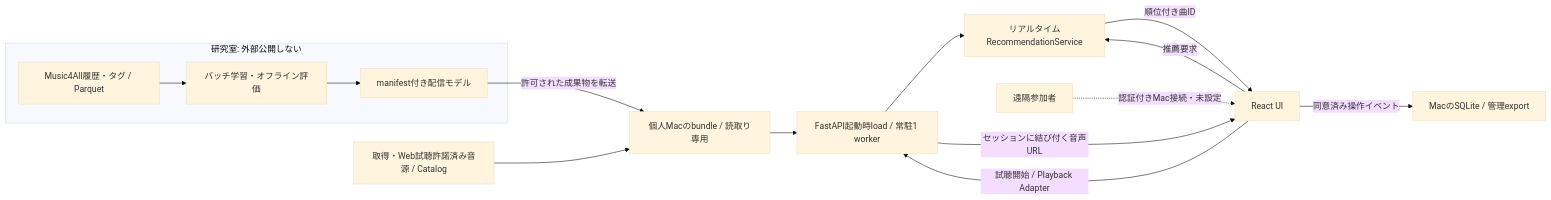
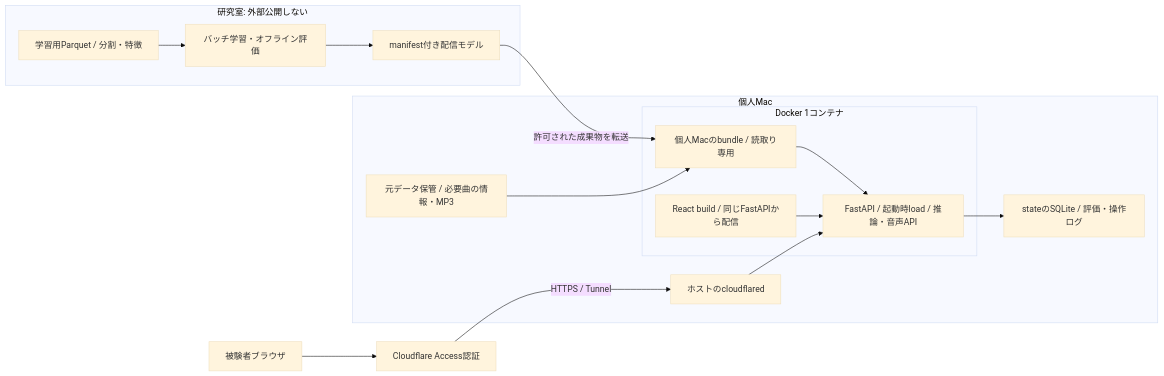
One commit to 97kuek/music-recsys changed the diagram in docs/app-architecture.md. Above: the diagram before and after it, drawn with Mermaid (base theme). The commit also changed other lines of this file and 315 other files, not shown here.

````diff
--- a/docs/app-architecture.md
+++ b/docs/app-architecture.md
@@ -5,17 +5,19 @@
 ```mermaid
 flowchart LR
     subgraph Lab[研究室: 外部公開しない]
-      D[Music4All履歴・タグ / Parquet] --> B[バッチ学習・オフライン評価]
+      D[学習用Parquet / 分割・特徴] --> B[バッチ学習・オフライン評価]
       B --> M[manifest付き配信モデル]
     end
     M -->|許可された成果物を転送| F[個人Macのbundle / 読取り専用]
-    A[取得・Web試聴許諾済み音源 / Catalog] --> F
-    F --> L[FastAPI起動時load / 常駐1 worker]
-    U[React UI] -->|推薦要求| R[リアルタイムRecommendationService]
-    L --> R
-    R -->|順位付き曲ID| U
-    U -->|試聴開始 / Playback Adapter| L
-    L -->|セッションに結び付く音声URL| U
-    U -->|同意済み操作イベント| S[MacのSQLite / 管理export]
-    P[遠隔参加者] -.認証付きMac接続・未設定.-> U
+    subgraph Mac[個人Mac]
+      A[元データ保管 / 必要曲の情報・MP3] --> F
+      subgraph Container[Docker 1コンテナ]
+        F --> L[FastAPI / 起動時load / 推論・音声API]
+        U[React build / 同じFastAPIから配信] --> L
+      end
+      L --> S[stateのSQLite / 評価・操作ログ]
+      T[ホストのcloudflared] --> L
+    end
+    P[被験者ブラウザ] --> C[Cloudflare Access認証]
+    C -->|HTTPS / Tunnel| T
 ```
````
